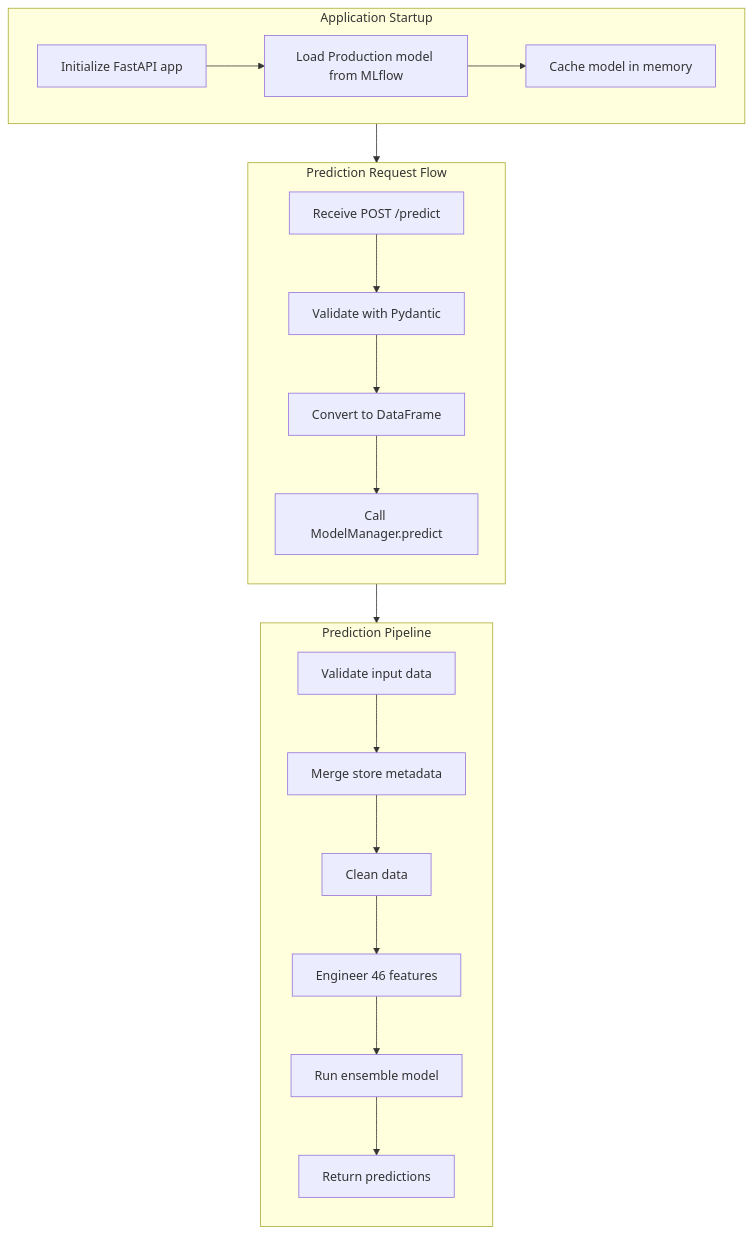
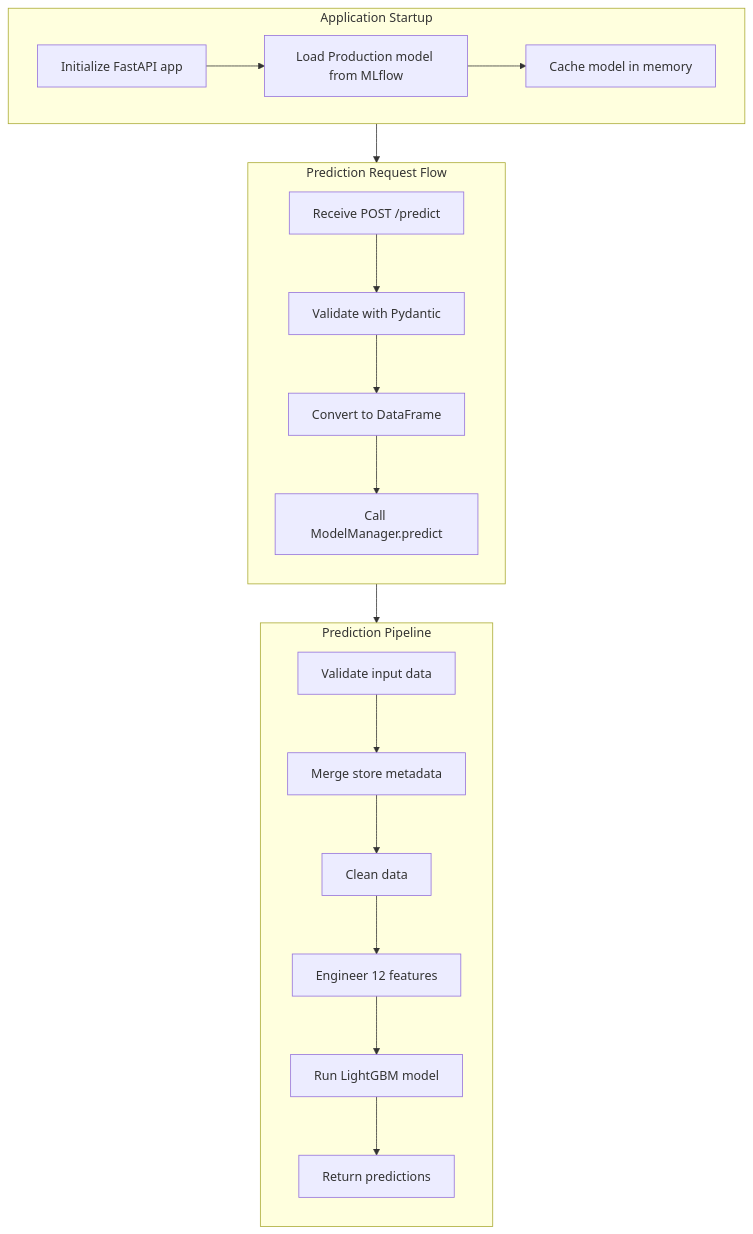
The first of 2 diagrams in docs/deployment/fastapi.md (bradleyboehmke/uc-bana-7075-reference-system), drawn with Mermaid before and after one commit. The commit also changed other lines of this file and 71 other files, not shown here.

First line of the commit message:
REF-04: Simplify to a single LightGBM model

````diff
--- a/docs/deployment/fastapi.md
+++ b/docs/deployment/fastapi.md
@@ -25,35 +25,35 @@
 ```mermaid
 flowchart TB
     subgraph Startup["Application Startup"]
         direction LR
         S1[Initialize FastAPI app]
         S2[Load Production model from MLflow]
         S3[Cache model in memory]
         S1 --> S2 --> S3
     end
 
     subgraph Request["Prediction Request Flow"]
         direction TB
         R1[Receive POST /predict]
         R2[Validate with Pydantic]
         R3[Convert to DataFrame]
         R4[Call ModelManager.predict]
 
         R1 --> R2 --> R3 --> R4
     end
 
     subgraph Pipeline["Prediction Pipeline"]
         direction TB
         P1[Validate input data]
         P2[Merge store metadata]
         P3[Clean data]
-        P4[Engineer 46 features]
-        P5[Run ensemble model]
+        P4[Engineer 12 features]
+        P5[Run LightGBM model]
         P6[Return predictions]
 
         P1 --> P2 --> P3 --> P4 --> P5 --> P6
     end
 
     Startup --> Request
     Request --> Pipeline
 ```
````
